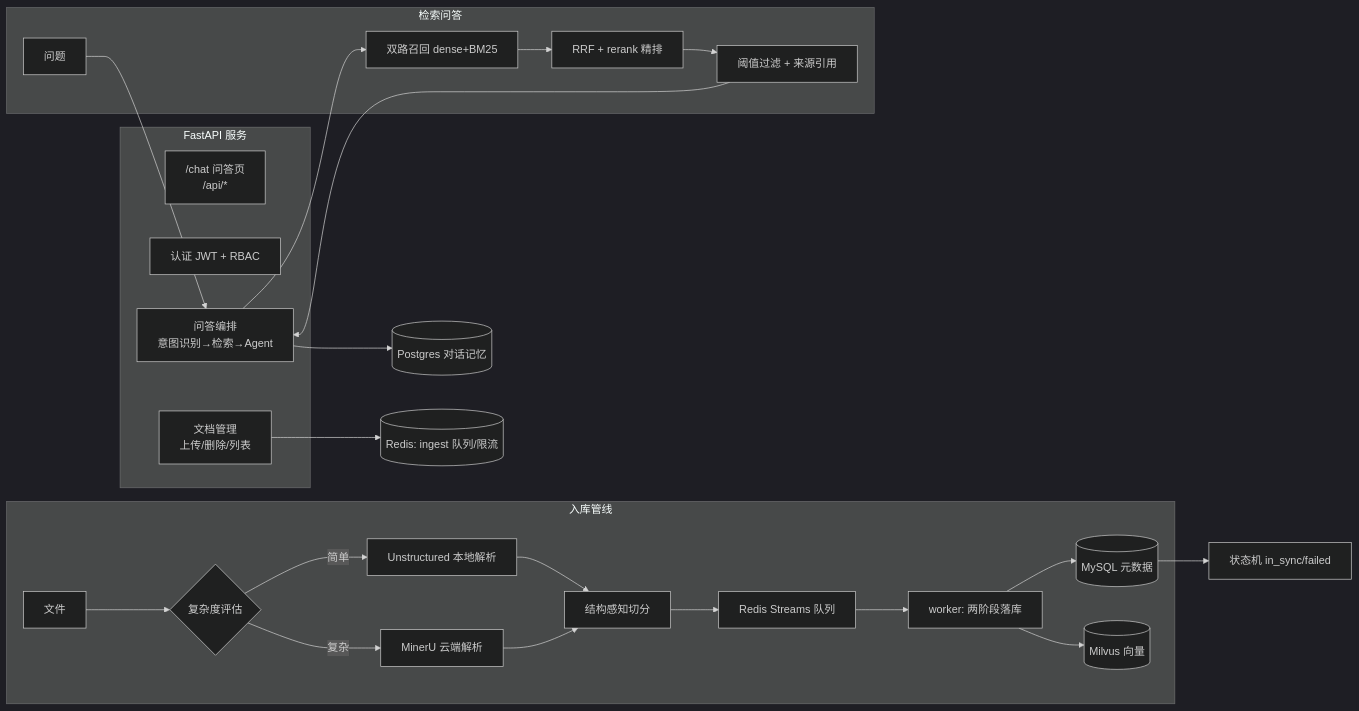
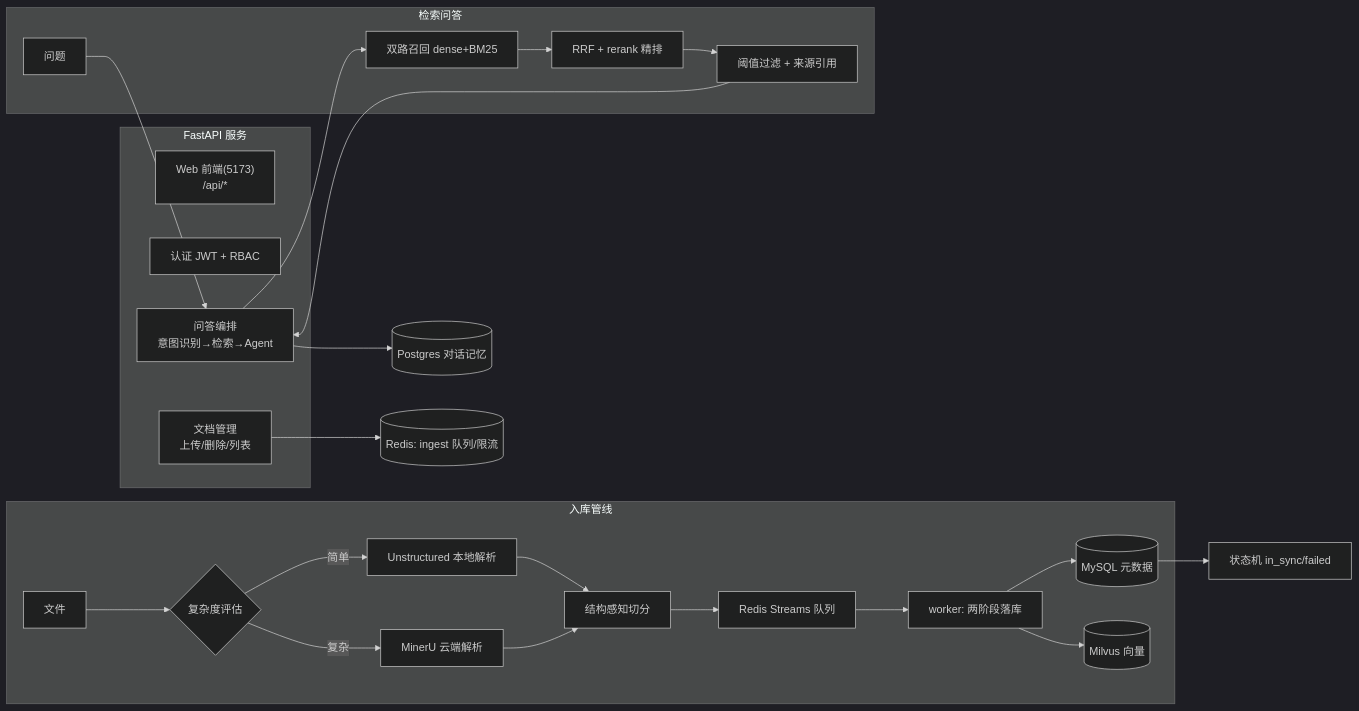
The first of 2 diagrams in README.md (Arith1/RAG), drawn with Mermaid (dark theme) before and after one commit. The commit also changed other lines of this file and 17 other files, not shown here.

````diff
--- a/README.md
+++ b/README.md
@@ -33,32 +33,32 @@
 ```mermaid
 flowchart LR
     subgraph Web["FastAPI 服务"]
-        A["/chat 问答页<br/>/api/*"]
+        A["Web 前端(5173)<br/>/api/*"]
         B[认证 JWT + RBAC]
         C[文档管理<br/>上传/删除/列表]
         D[问答编排<br/>意图识别→检索→Agent]
     end
 
     subgraph 入库管线
         E[文件] --> F{复杂度评估}
         F -- 简单 --> G[Unstructured 本地解析]
         F -- 复杂 --> H[MinerU 云端解析]
         G & H --> I[结构感知切分]
         I --> J[Redis Streams 队列]
         J --> K[worker: 两阶段落库]
         K --> L[(MySQL 元数据)]
         K --> M[(Milvus 向量)]
     end
 
     subgraph 检索问答
         Q[问题] --> D
         D --> N[双路召回 dense+BM25]
         N --> O[RRF + rerank 精排]
         O --> P[阈值过滤 + 来源引用]
         P --> D
     end
 
     D --> R[(Postgres 对话记忆)]
     C --> S[(Redis: ingest 队列/限流)]
     L --> T[状态机 in_sync/failed]
 ```
````
